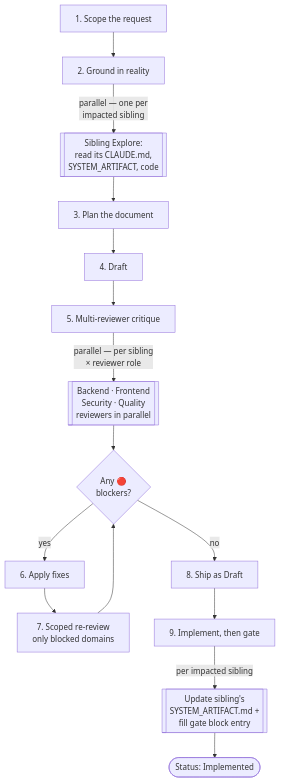
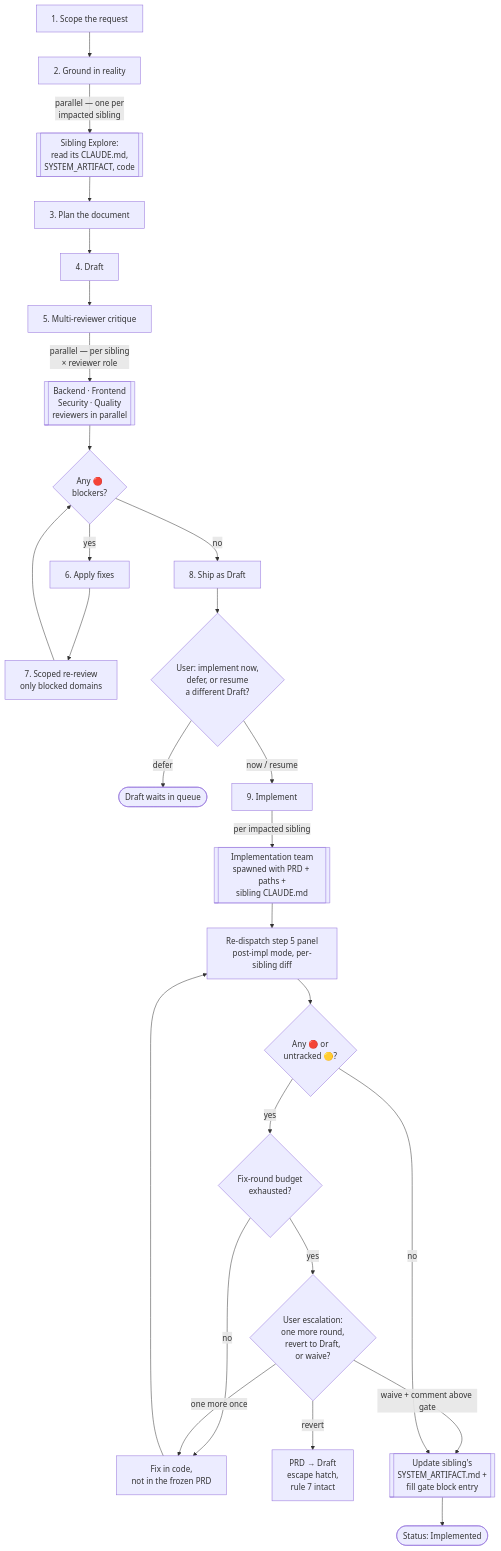
One commit to angelkurten/specforge-framework changed the diagram in README.es.md. Above: the diagram before and after it, drawn with Mermaid. The commit also changed other lines of this file and 12 other files, not shown here.

````diff
--- a/README.es.md
+++ b/README.es.md
@@ -112,17 +112,29 @@
 ```mermaid
 flowchart TB
     scope[1. Scope the request] --> ground[2. Ground in reality]
     ground -->|parallel — one per<br/>impacted sibling| siblingsGround[[Sibling Explore:<br/>read its CLAUDE.md,<br/>SYSTEM_ARTIFACT, code]]
     siblingsGround --> plan[3. Plan the document]
     plan --> draft[4. Draft]
     draft --> review[5. Multi-reviewer critique]
     review -->|parallel — per sibling<br/>× reviewer role| reviewers[[Backend · Frontend<br/>Security · Quality<br/>reviewers in parallel]]
     reviewers --> decide{Any 🔴<br/>blockers?}
     decide -->|yes| fixes[6. Apply fixes]
     fixes --> rereview[7. Scoped re-review<br/>only blocked domains]
     rereview --> decide
     decide -->|no| ship[8. Ship as Draft]
-    ship --> impl[9. Implement, then gate]
-    impl -->|per impacted sibling| siblingsImpl[[Update sibling's<br/>SYSTEM_ARTIFACT.md +<br/>fill gate block entry]]
+    ship --> userGate{User: implement now,<br/>defer, or resume<br/>a different Draft?}
+    userGate -->|defer| pause([Draft waits in queue])
+    userGate -->|now / resume| impl[9. Implement]
+    impl -->|per impacted sibling| implTeam[[Implementation team<br/>spawned with PRD + paths +<br/>sibling CLAUDE.md]]
+    implTeam --> postReview[Re-dispatch step 5 panel<br/>post-impl mode, per-sibling diff]
+    postReview --> postDecide{Any 🔴 or<br/>untracked 🟡?}
+    postDecide -->|yes| roundCheck{Fix-round budget<br/>exhausted?}
+    roundCheck -->|no| implFix[Fix in code,<br/>not in the frozen PRD]
+    implFix --> postReview
+    roundCheck -->|yes| escalate{User escalation:<br/>one more round,<br/>revert to Draft,<br/>or waive?}
+    escalate -->|one more once| implFix
+    escalate -->|revert| thaw[PRD → Draft<br/>escape hatch,<br/>rule 7 intact]
+    escalate -->|waive + comment above gate| siblingsImpl
+    postDecide -->|no| siblingsImpl[[Update sibling's<br/>SYSTEM_ARTIFACT.md +<br/>fill gate block entry]]
     siblingsImpl --> done([Status: Implemented])
 ```
````
